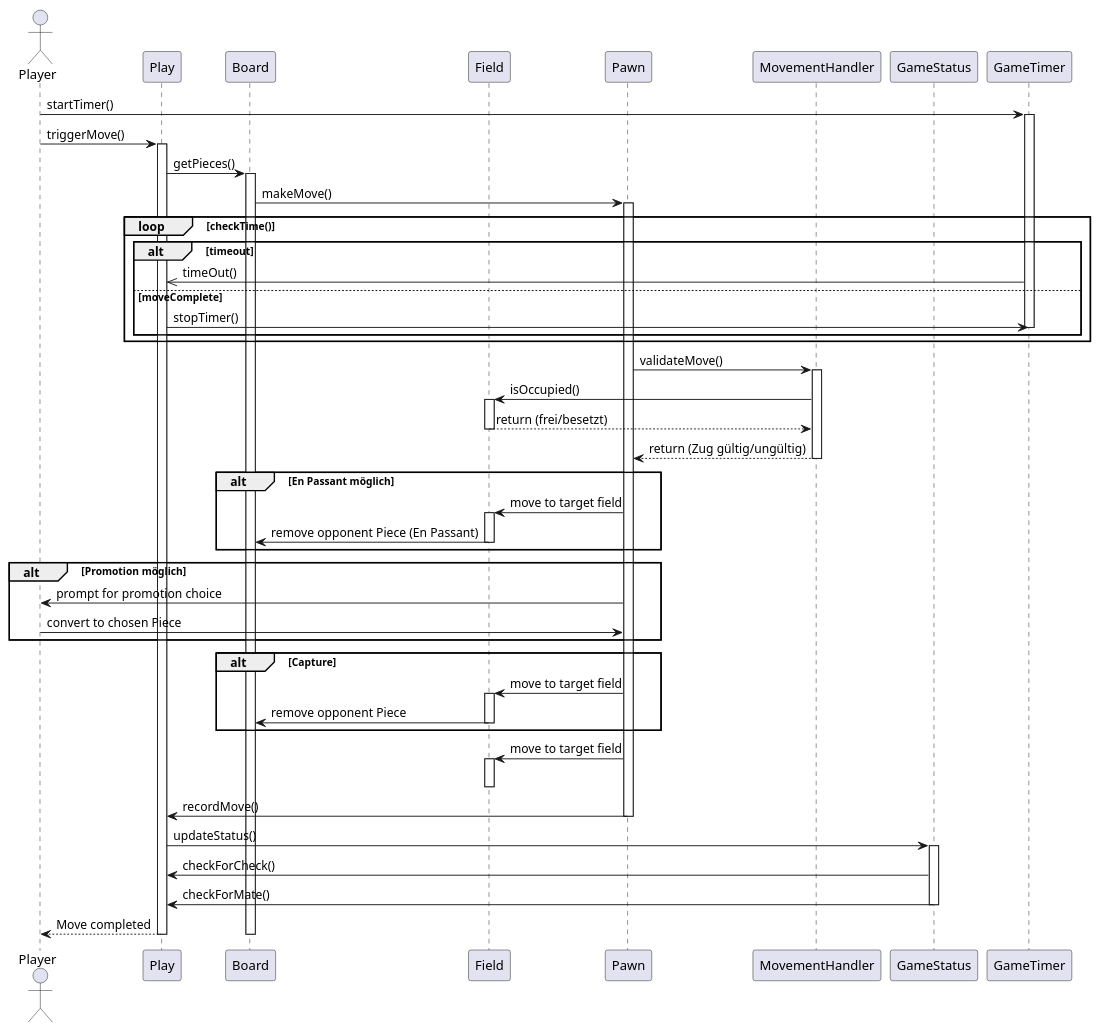
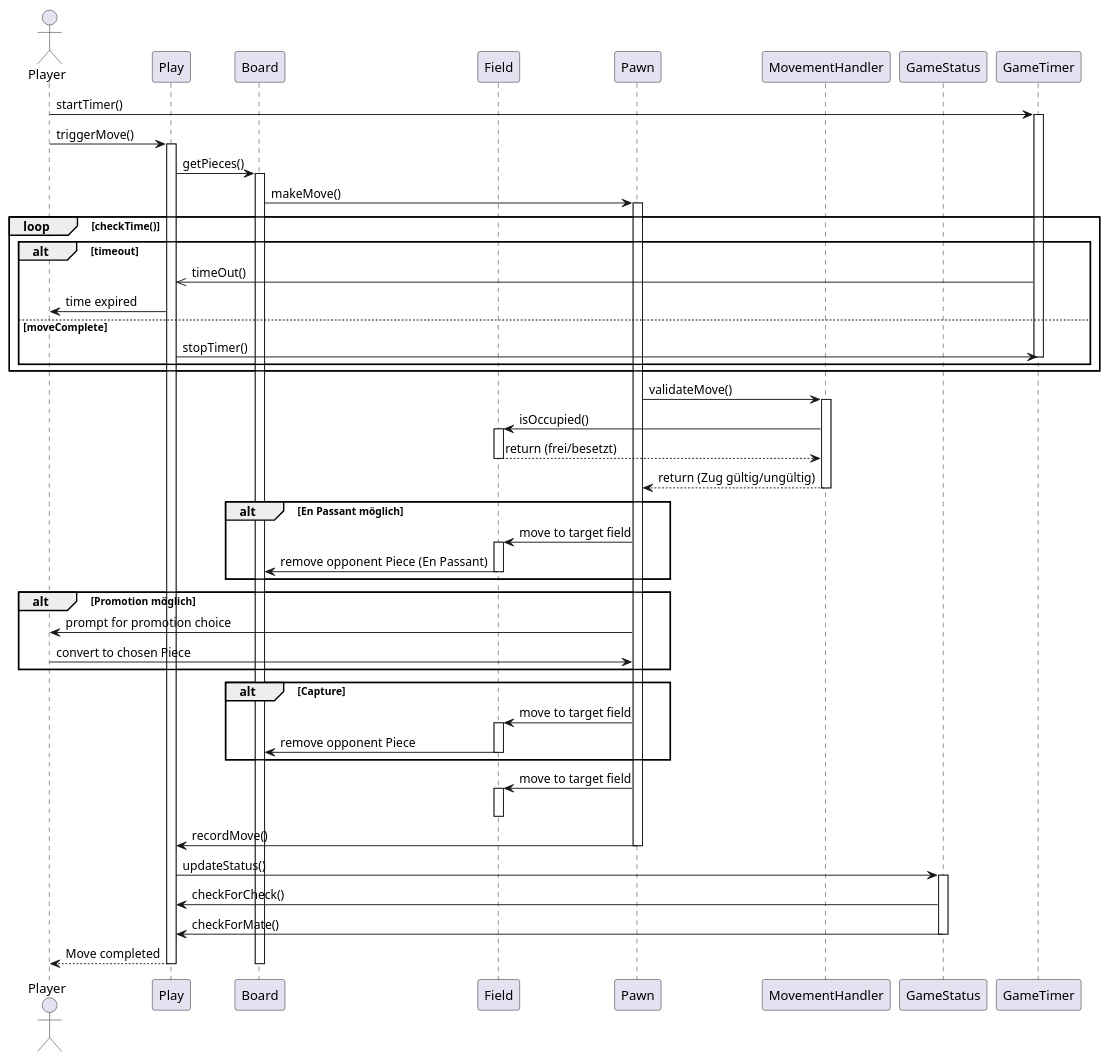
The diagram in Sequence Diagram/sequenceDiagram.iuml (ruhlando/uni-project-chess), drawn with PlantUML before and after one commit.

```diff
--- a/Sequence Diagram/sequenceDiagram.iuml
+++ b/Sequence Diagram/sequenceDiagram.iuml
@@ -1,71 +1,72 @@
 @startuml
 
 ' Teilnehmer
 actor Player
 participant Play
 participant Board
 participant Field
 participant Pawn as Piece
 participant MovementHandler
 participant GameStatus
 participant GameTimer
 
 ' Start des Zuges
 Player -> GameTimer++ : startTimer()
 Player -> Play++ : triggerMove()
 Play -> Board++ : getPieces()
 Board -> Piece++ : makeMove()
 
 loop checkTime()
 alt timeout
 GameTimer ->> Play : timeOut()
+Play -> Player : time expired
 else moveComplete
 Play -> GameTimer : stopTimer()
 GameTimer--
 end
 end
 
 ' Validierung des Bauernzugs
 Piece -> MovementHandler++ : validateMove()
 MovementHandler -> Field++ : isOccupied()
 Field --> MovementHandler : return (frei/besetzt)
 Field--
 MovementHandler --> Piece : return (Zug gültig/ungültig)
 MovementHandler--
 
 ' Bedingung: En Passant, Promotion oder Schlagen
 alt En Passant möglich
     Piece -> Field++ : move to target field
     Field -> Board : remove opponent Piece (En Passant)
     Field--
 end
 
 alt Promotion möglich
     Piece -> Player : prompt for promotion choice
     Player -> Piece : convert to chosen Piece
 end
 
 alt Capture
     Piece -> Field++ : move to target field
     Field -> Board : remove opponent Piece
     Field--
 end
 
 ' Normaler Zug oder nach Sonderzug ausgeführt
 Piece -> Field++ : move to target field
 Field--
 Piece -> Play : recordMove()
 Piece--
 
 ' Spielstatus aktualisieren
 Play -> GameStatus++ : updateStatus()
 GameStatus -> Play : checkForCheck()
 GameStatus -> Play : checkForMate()
 GameStatus--
 
 ' Rückmeldung an den Spieler
 Play --> Player : Move completed
 Play--
 Board--
 
 @enduml
```
